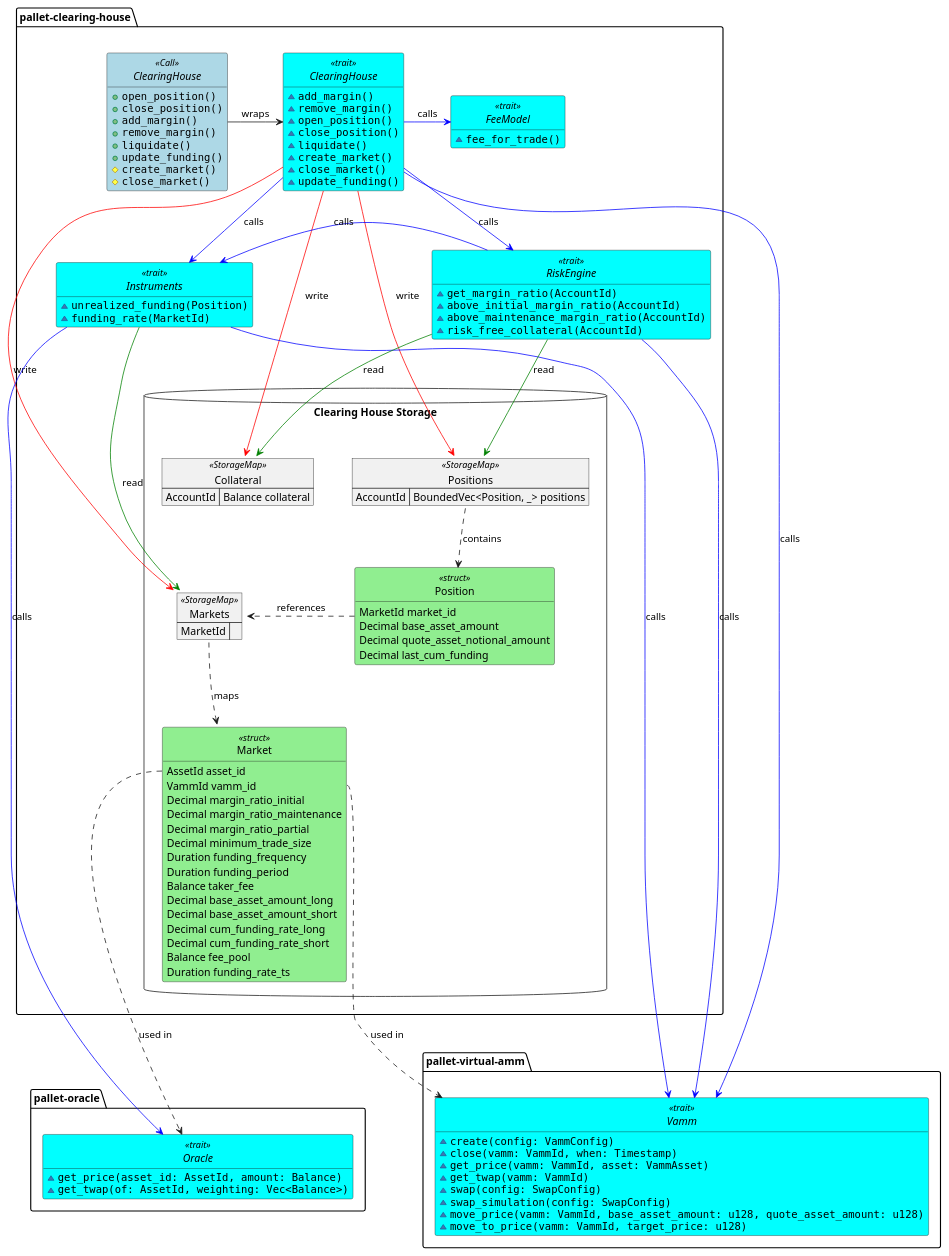
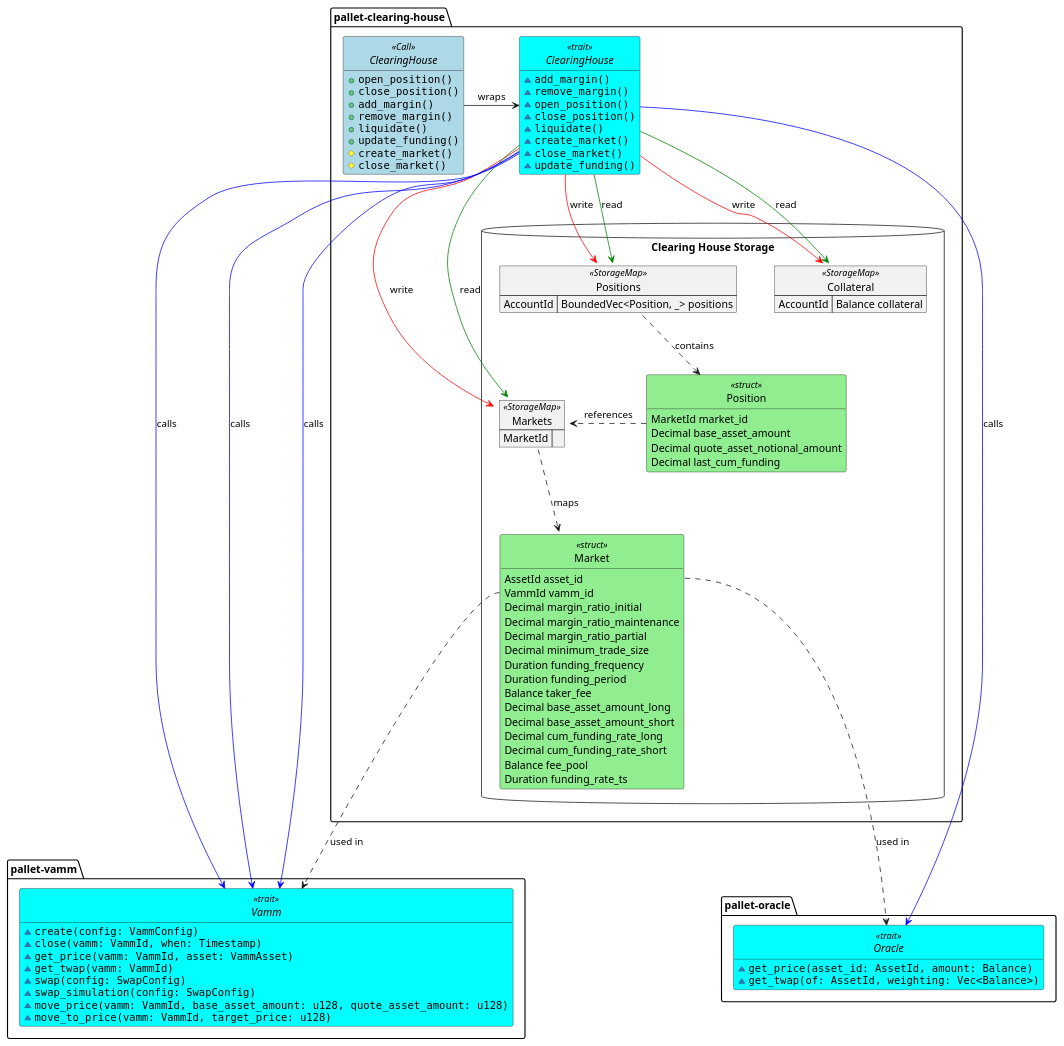
One commit to escher-exchange/escher changed the diagram in clearing-house/diagrams/clearing-house.plantuml. Above: the diagram before and after it, drawn with PlantUML. The commit also changed 10 other files, not shown here.

```diff
--- a/clearing-house/diagrams/clearing-house.plantuml
+++ b/clearing-house/diagrams/clearing-house.plantuml
@@ -1,163 +1,140 @@
 @startuml clearing-house
 
 <style>
 .struct {
     BackgroundColor LightGreen
 }
 .Call {
     BackgroundColor LightBlue
 }
 .trait {
     BackgroundColor Cyan
 }
 </style>
 
 package "pallet-clearing-house" {
     interface ClearingHouse <<Call>> {
         + ""open_position()""
         + ""close_position()""
         + ""add_margin()""
         + ""remove_margin()""
         + ""liquidate()""
         + ""update_funding()""
         # ""create_market()""
         # ""close_market()""
     }
 
     interface "ClearingHouse" as CH <<trait>> {
         ~ ""add_margin()""
         ~ ""remove_margin()""
         ~ ""open_position()""
         ~ ""close_position()""
         ~ ""liquidate()""
         ~ ""create_market()""
         ~ ""close_market()""
         ~ ""update_funding()""
     }
     
-    interface "RiskEngine" as RETrait <<trait>> {
-        ~ ""get_margin_ratio(AccountId)""
-        ~ ""above_initial_margin_ratio(AccountId)""
-        ~ ""above_maintenance_margin_ratio(AccountId)""
-        ~ ""risk_free_collateral(AccountId)""
-        '~ get_free_collateral()
-    }
-    
-    interface "Instruments" as ITrait <<trait>> {
-        ~ ""unrealized_funding(Position)""
-        ~ ""funding_rate(MarketId)""
-    }
-
-    interface "FeeModel" as FTrait <<trait>> {
-        ~ ""fee_for_trade()""
-    }
-
     database "Clearing House Storage" {
         map "Collateral" as MarginAccounts <<StorageMap>> {
             AccountId => Balance collateral
         }
 
         map Positions <<StorageMap>> {
             AccountId => BoundedVec<Position, _> positions
         }
 
         map Markets <<StorageMap>> {
             MarketId =>
         }
 
         class Position <<struct>> {
             MarketId market_id
             Decimal base_asset_amount
             Decimal quote_asset_notional_amount
             Decimal last_cum_funding
         }
 
         class Market <<struct>> {
             AssetId asset_id
             VammId vamm_id
             Decimal margin_ratio_initial
             Decimal margin_ratio_maintenance
             Decimal margin_ratio_partial
             Decimal minimum_trade_size
             Duration funding_frequency
             Duration funding_period
             Balance taker_fee
             Decimal base_asset_amount_long
             Decimal base_asset_amount_short
             Decimal cum_funding_rate_long
             Decimal cum_funding_rate_short
             Balance fee_pool
             Duration funding_rate_ts
         }
     }
 }
 
-package "pallet-virtual-amm" {
+package "pallet-vamm" {
     interface "Vamm" as vAmm <<trait>> {
         ~ ""create(config: VammConfig)""
         ~ ""close(vamm: VammId, when: Timestamp)""
         ~ ""get_price(vamm: VammId, asset: VammAsset)""
         ~ ""get_twap(vamm: VammId)""
         ~ ""swap(config: SwapConfig)""
         ~ ""swap_simulation(config: SwapConfig)""
         ~ ""move_price(vamm: VammId, base_asset_amount: u128, quote_asset_amount: u128)""
         ~ ""move_to_price(vamm: VammId, target_price: u128)""
     }
 }
 
 package "pallet-oracle" {
     interface Oracle <<trait>> {
         ~ ""get_price(asset_id: AssetId, amount: Balance)""
         ~ ""get_twap(of: AssetId, weighting: Vec<Balance>)""
     }
 }
 
 hide empty members
 hide circle
 
 '================== Storage relationships
 Markets ..down> Market : maps
 Market::vamm_id ..> vAmm : used in
 Market::asset_id ..> Oracle : used in
 
 Positions::positions ..down> Position: contains
 Position ..right> Markets : references
 
 '================== Control flow relationships             
 ClearingHouse -> CH : wraps
 
-CH -[#blue]-> ITrait : calls
-
 'add_margin
 'remove_margin
 CH -[#red]-> MarginAccounts : write
 
 'create_market
 'close_market
 CH -[#red]-> Markets : write
 
-'remove_margin
-CH -[#blue]-> RETrait : calls
 
 'open_position
 'close_position
 'liquidate
 CH -[#red]-> Positions : write
-CH -[#blue]right> FTrait : calls
 
 'open_position
 'close_position
 CH -[#blue]-> vAmm : calls
 
 'update_funding
-ITrait -[#green]-> Markets : read
-ITrait -[#blue]-> Oracle : calls
-ITrait -[#blue]-> vAmm : calls
+CH -[#green]-> Markets : read
+CH -[#blue]-> Oracle : calls
+CH -[#blue]-> vAmm : calls
 
 'get_margin_ratio
-RETrait -[#green]-> MarginAccounts : read
-RETrait -[#green]-> Positions : read
-RETrait -left[#blue]> ITrait : calls
-RETrait -[#blue]-> vAmm : calls
+CH -[#green]-> MarginAccounts : read
+CH -[#green]-> Positions : read
+CH -[#blue]-> vAmm : calls
 
 @enduml
```
